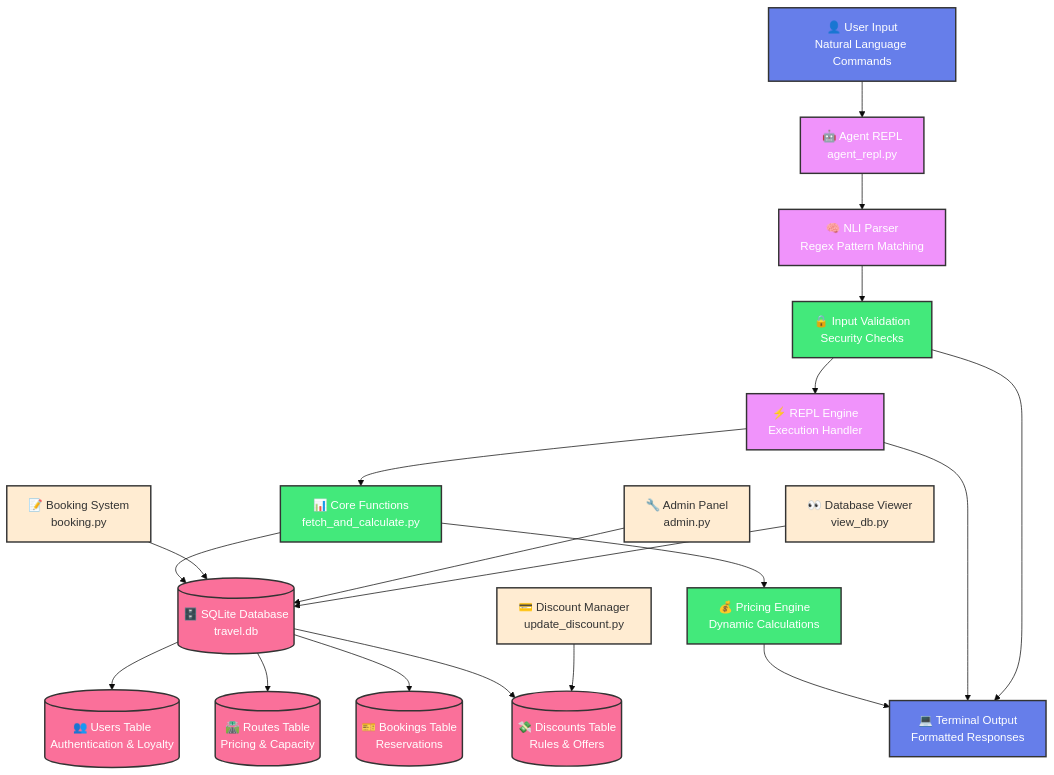
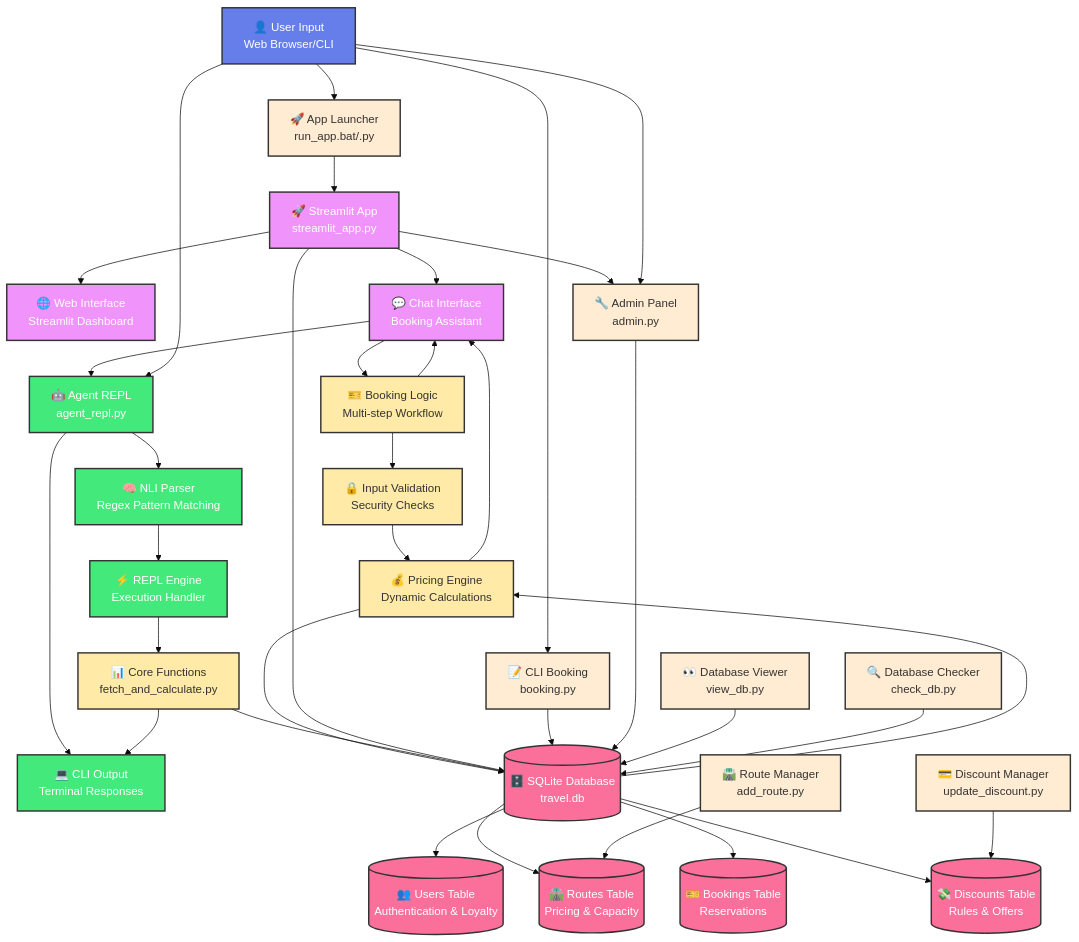
The diagram in README.md (NikithaKunapareddy/Python-REPL-SQL), drawn with Mermaid (base theme) before and after one commit. The commit also changed other lines of this file and 14 other files, not shown here.

Commit message:
updated with Streamlit web interface

````diff
--- a/README.md
+++ b/README.md
@@ -53,10 +78,13 @@
 ```mermaid
 flowchart TD
     %% User Interface Layer
-    USER[👤 User Input<br/>Natural Language Commands]
-    TERMINAL[💻 Terminal Output<br/>Formatted Responses]
+    USER[👤 User Input<br/>Web Browser/CLI]
+    WEB_UI[🌐 Web Interface<br/>Streamlit Dashboard]
+    CHAT[💬 Chat Interface<br/>Booking Assistant]
+    TERMINAL[💻 CLI Output<br/>Terminal Responses]
     
     %% Core Processing Engine  
+    STREAMLIT_APP[🚀 Streamlit App<br/>streamlit_app.py]
     AGENT[🤖 Agent REPL<br/>agent_repl.py]
     NLI[🧠 NLI Parser<br/>Regex Pattern Matching]
     REPL[⚡ REPL Engine<br/>Execution Handler]
@@ -65,6 +93,7 @@
     CORE[📊 Core Functions<br/>fetch_and_calculate.py]
     PRICING[💰 Pricing Engine<br/>Dynamic Calculations]
     VALIDATION[🔒 Input Validation<br/>Security Checks]
+    BOOKING_LOGIC[🎫 Booking Logic<br/>Multi-step Workflow]
     
     %% Data Layer
     DATABASE[(🗄️ SQLite Database<br/>travel.db)]
@@ -74,45 +103,73 @@
     DISCOUNTS[(💸 Discounts Table<br/>Rules & Offers)]
     
     %% Supporting Systems
-    BOOKING[📝 Booking System<br/>booking.py]
+    BOOKING[📝 CLI Booking<br/>booking.py]
     ADMIN[🔧 Admin Panel<br/>admin.py]
     VIEWER[👀 Database Viewer<br/>view_db.py]
     DISCOUNT_MGR[💳 Discount Manager<br/>update_discount.py]
+    ROUTE_MGR[🛣️ Route Manager<br/>add_route.py]
+    CHECKER[🔍 Database Checker<br/>check_db.py]
+    LAUNCHER[🚀 App Launcher<br/>run_app.bat/.py]
     
-    %% Main Flow Connections
-    USER --> AGENT
+    %% PRIMARY WEB INTERFACE FLOW
+    USER --> LAUNCHER
+    LAUNCHER --> STREAMLIT_APP
+    STREAMLIT_APP --> WEB_UI
+    STREAMLIT_APP --> CHAT
+    STREAMLIT_APP --> ADMIN
+    
+    %% CHAT BOOKING FLOW
+    CHAT --> BOOKING_LOGIC
+    BOOKING_LOGIC --> VALIDATION
+    VALIDATION --> PRICING
+    PRICING --> DATABASE
+    
+    %% REPL INTEGRATION FLOW
+    CHAT --> AGENT
     AGENT --> NLI
-    NLI --> VALIDATION
-    VALIDATION --> REPL
+    NLI --> REPL
     REPL --> CORE
     CORE --> DATABASE
+    
+    %% CLI ALTERNATIVE FLOW
+    USER --> AGENT
+    AGENT --> TERMINAL
+    USER --> BOOKING
+    USER --> ADMIN
+    
+    %% DATABASE CONNECTIONS
     DATABASE --> USERS
     DATABASE --> ROUTES  
     DATABASE --> BOOKINGS
     DATABASE --> DISCOUNTS
-    CORE --> PRICING
-    PRICING --> TERMINAL
     
-    %% Supporting System Connections
+    %% SUPPORTING SYSTEM CONNECTIONS
+    STREAMLIT_APP --> DATABASE
     BOOKING --> DATABASE
     ADMIN --> DATABASE
     VIEWER --> DATABASE
     DISCOUNT_MGR --> DISCOUNTS
+    ROUTE_MGR --> ROUTES
+    CHECKER --> DATABASE
     
-    %% Error and Response Flow
-    REPL --> TERMINAL
-    VALIDATION --> TERMINAL
+    %% RESPONSE FLOWS
+    DATABASE --> PRICING
+    PRICING --> CHAT
+    CORE --> TERMINAL
+    BOOKING_LOGIC --> CHAT
     
     %% Styling
     classDef userLayer fill:#667eea,stroke:#333,stroke-width:2px,color:#fff
-    classDef processingLayer fill:#f093fb,stroke:#333,stroke-width:2px,color:#fff
-    classDef businessLayer fill:#43e97b,stroke:#333,stroke-width:2px,color:#fff
+    classDef webLayer fill:#f093fb,stroke:#333,stroke-width:2px,color:#fff
+    classDef processingLayer fill:#43e97b,stroke:#333,stroke-width:2px,color:#fff
+    classDef businessLayer fill:#ffeaa7,stroke:#333,stroke-width:2px,color:#333
     classDef dataLayer fill:#fa709a,stroke:#333,stroke-width:2px,color:#fff
     classDef supportLayer fill:#ffecd2,stroke:#333,stroke-width:2px,color:#333
     
-    class USER,TERMINAL userLayer
-    class AGENT,NLI,REPL processingLayer
-    class CORE,PRICING,VALIDATION businessLayer
+    class USER userLayer
+    class WEB_UI,CHAT,STREAMLIT_APP webLayer
+    class AGENT,NLI,REPL,TERMINAL processingLayer
+    class CORE,PRICING,VALIDATION,BOOKING_LOGIC businessLayer
     class DATABASE,USERS,ROUTES,BOOKINGS,DISCOUNTS dataLayer
-    class BOOKING,ADMIN,VIEWER,DISCOUNT_MGR supportLayer
+    class BOOKING,ADMIN,VIEWER,DISCOUNT_MGR,ROUTE_MGR,CHECKER,LAUNCHER supportLayer
 ```
````
